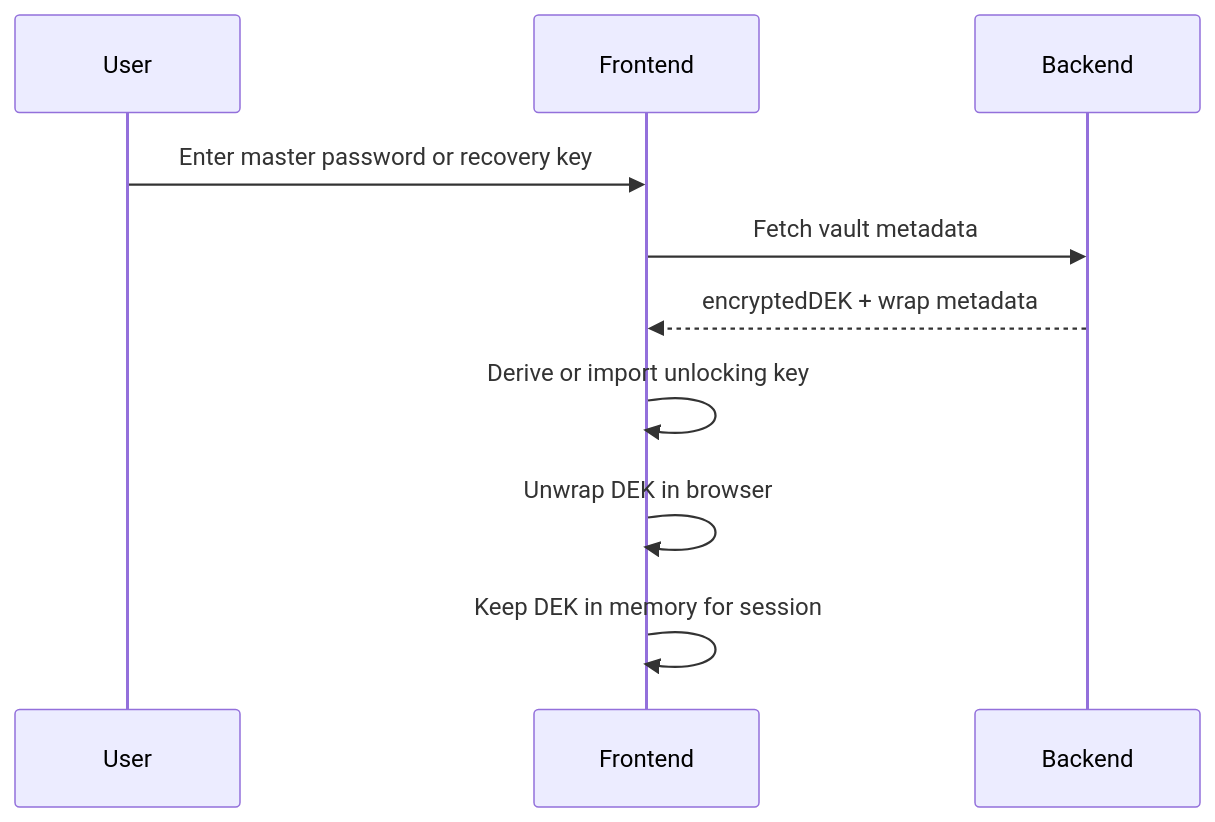
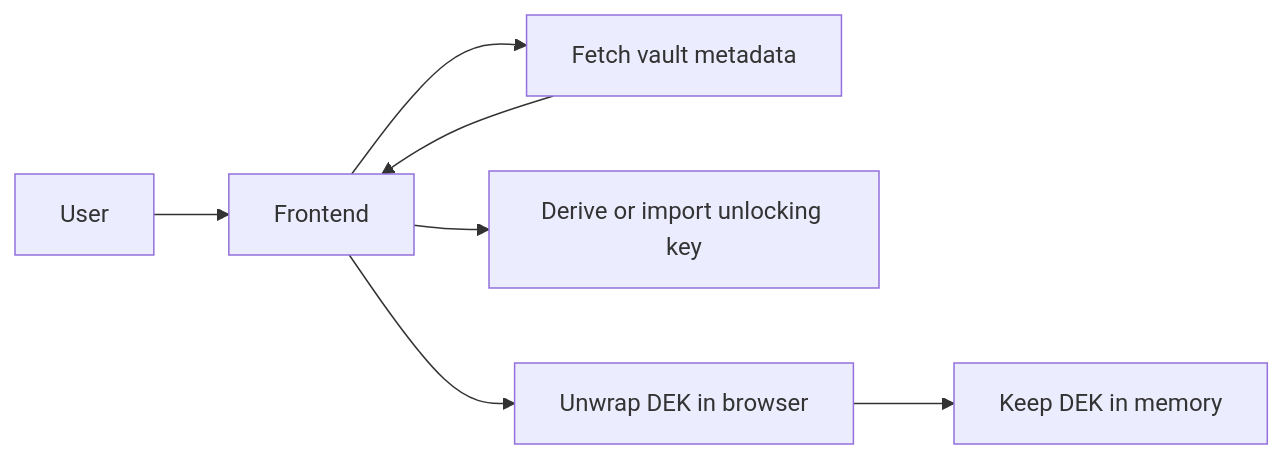
The third of 4 diagrams in docs/architecture.md (riddhijain1509/Keymate), drawn with Mermaid before and after one commit. The commit also changed other lines of this file and 1 other file, not shown here.

````diff
--- a/docs/architecture.md
+++ b/docs/architecture.md
@@ -58,13 +54,9 @@
 ```mermaid
-sequenceDiagram
-  participant U as User
-  participant F as Frontend
-  participant B as Backend
-
-  U->>F: Enter master password or recovery key
-  F->>B: Fetch vault metadata
-  B-->>F: encryptedDEK + wrap metadata
-  F->>F: Derive or import unlocking key
-  F->>F: Unwrap DEK in browser
-  F->>F: Keep DEK in memory for session
+graph LR
+  U[User] --> F[Frontend]
+  F --> B[Fetch vault metadata]
+  B --> F
+  F --> D[Derive or import unlocking key]
+  F --> U2[Unwrap DEK in browser]
+  U2 --> M[Keep DEK in memory]
 ```
````
